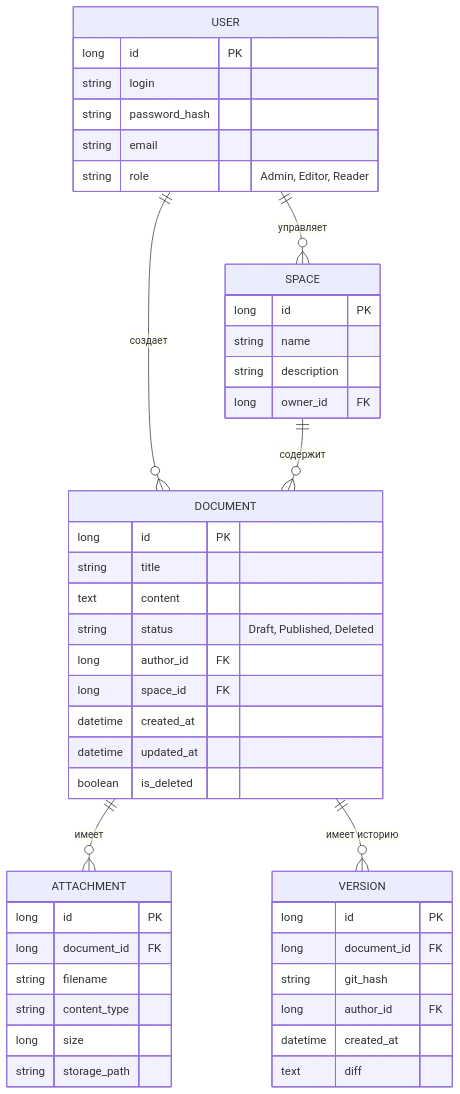
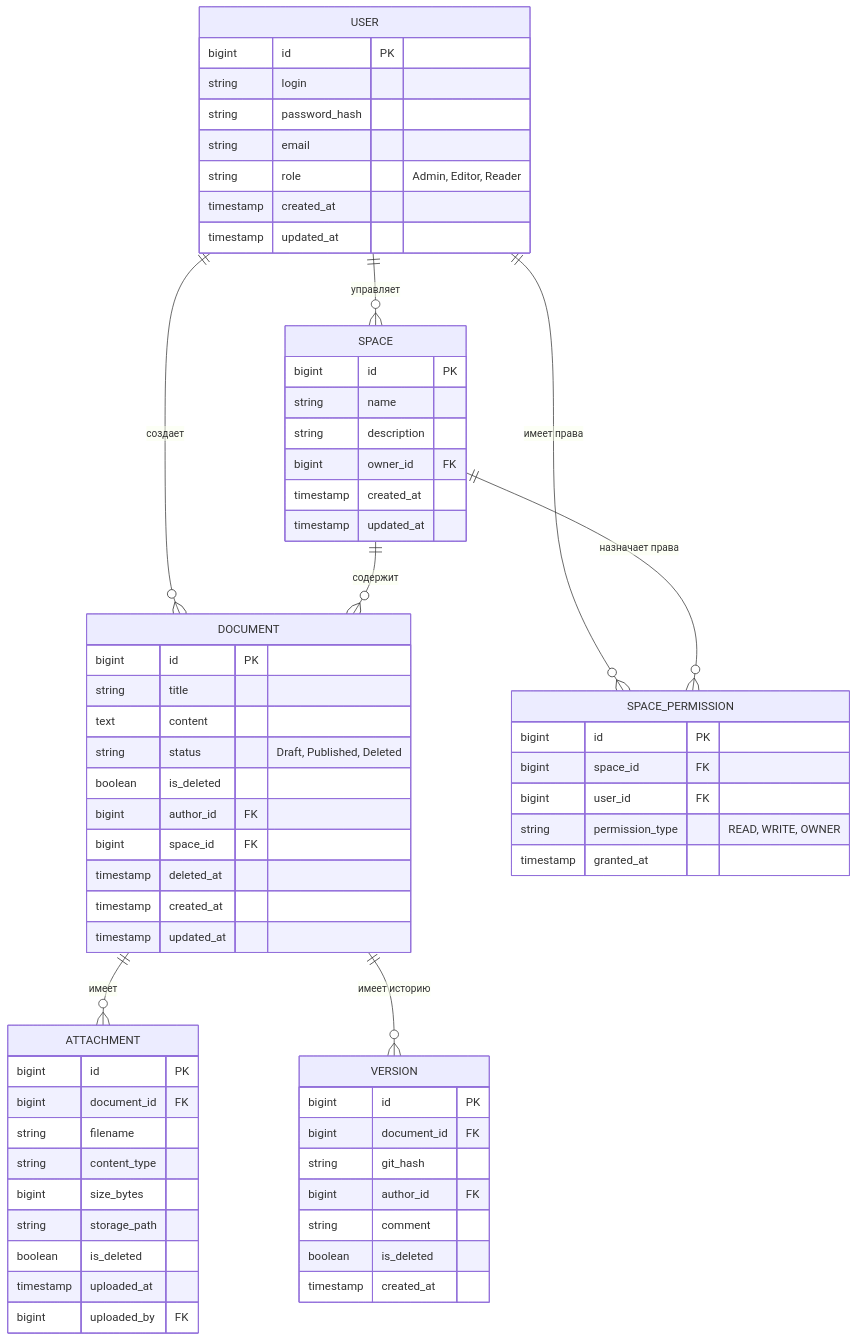
Before and after one commit to C23-501-SoftDev/Docs: the diagram in documents/120.data-model.md, drawn with Mermaid. The commit also changed other lines of this file and 2 other files, not shown here.

````diff
--- a/documents/120.data-model.md
+++ b/documents/120.data-model.md
@@ -5,53 +5,72 @@
 ```mermaid
 erDiagram
     USER ||--o{ DOCUMENT : "создает"
     USER ||--o{ SPACE : "управляет"
+    USER ||--o{ SPACE_PERMISSION : "имеет права"
+    SPACE ||--o{ SPACE_PERMISSION : "назначает права"
     SPACE ||--o{ DOCUMENT : "содержит"
     DOCUMENT ||--o{ ATTACHMENT : "имеет"
     DOCUMENT ||--o{ VERSION : "имеет историю"
     
     USER {
-        long id PK
+        bigint id PK
         string login
         string password_hash
         string email
         string role "Admin, Editor, Reader"
+        timestamp created_at
+        timestamp updated_at
     }
 
     SPACE {
-        long id PK
+        bigint id PK
         string name
         string description
-        long owner_id FK
+        bigint owner_id FK
+        timestamp created_at
+        timestamp updated_at
+    }
+
+    SPACE_PERMISSION {
+        bigint id PK
+        bigint space_id FK
+        bigint user_id FK
+        string permission_type "READ, WRITE, OWNER"
+        timestamp granted_at
     }
 
     DOCUMENT {
-        long id PK
+        bigint id PK
         string title
         text content
         string status "Draft, Published, Deleted"
-        long author_id FK
-        long space_id FK
-        datetime created_at
-        datetime updated_at
         boolean is_deleted
+        bigint author_id FK
+        bigint space_id FK
+        timestamp deleted_at
+        timestamp created_at
+        timestamp updated_at
     }
 
     VERSION {
-        long id PK
-        long document_id FK
+        bigint id PK
+        bigint document_id FK
         string git_hash
-        long author_id FK
-        datetime created_at
-        text diff
+        bigint author_id FK
+        string comment
+        boolean is_deleted
+        timestamp created_at
     }
 
     ATTACHMENT {
-        long id PK
-        long document_id FK
+        bigint id PK
+        bigint document_id FK
         string filename
         string content_type
-        long size
+        bigint size_bytes
         string storage_path
+        boolean is_deleted
+        timestamp uploaded_at
+        bigint uploaded_by FK
     }
 ```
````
